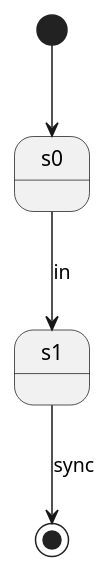
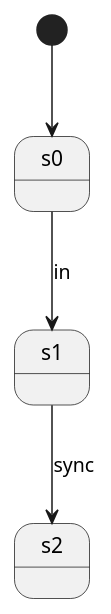
One commit to Kuniwak/puml-parallel changed the diagram in examples/in.puml. Above: the diagram before and after it, drawn with PlantUML. The commit also changed 3 other files, not shown here.

```diff
--- a/examples/in.puml
+++ b/examples/in.puml
@@ -1,10 +1,11 @@
 @startuml
 
 state "s0" as s0
 state "s1" as s1
+state "s2" as s2
 
 [*] --> s0
 s0 --> s1 : in
-s1 --> [*] : sync
+s1 --> s2 : sync
 
 @enduml
```
